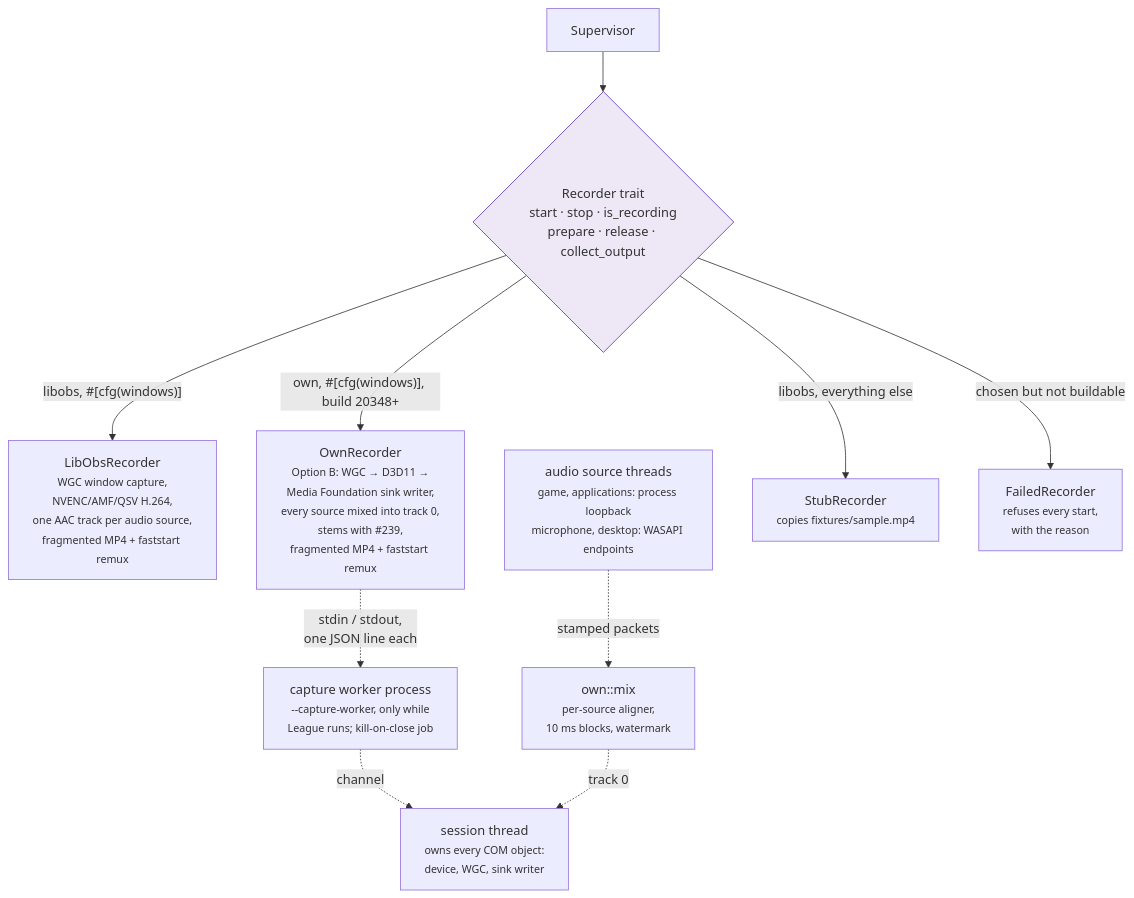
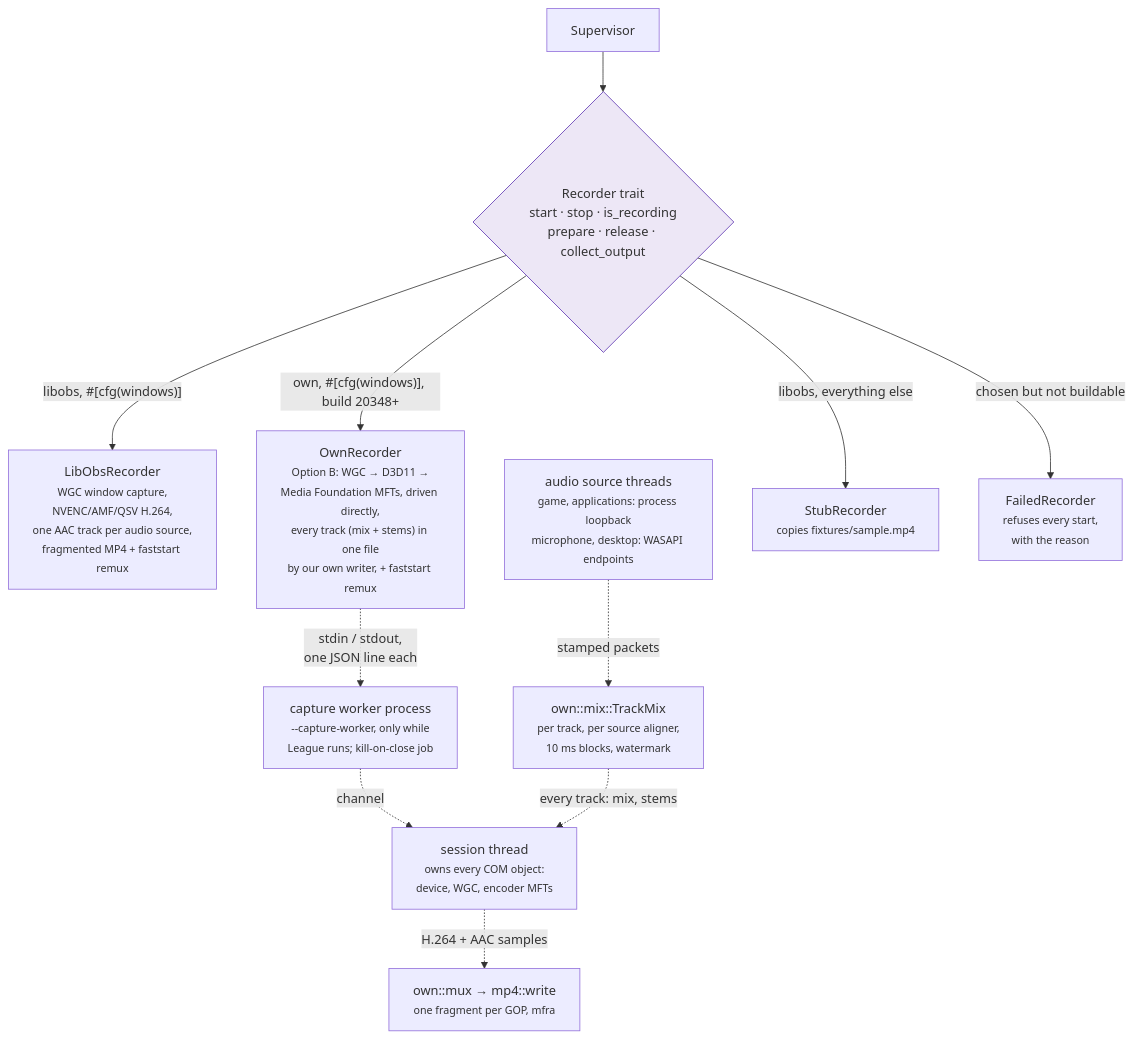
The third of 10 diagrams in docs/architecture.md (NinjaGoldfinch/ninja-recorder), drawn with Mermaid before and after one commit. The commit also changed other lines of this file and 29 other files, not shown here.

First line of the commit message:
feat(recorder): encode directly and write every stem into one file (WS1.6.7) (#279)

````diff
--- a/docs/architecture.md
+++ b/docs/architecture.md
@@ -160,13 +163,14 @@
 ```mermaid
 flowchart TB
     SUP["Supervisor"] --> T{"Recorder trait<br/>start · stop · is_recording<br/>prepare · release · collect_output"}
     T -->|"libobs, #[cfg(windows)]"| L["LibObsRecorder<br/><small>WGC window capture,<br/>NVENC/AMF/QSV H.264,<br/>one AAC track per audio source,<br/>fragmented MP4 + faststart remux</small>"]
-    T -->|"own, #[cfg(windows)], build 20348+"| O["OwnRecorder<br/><small>Option B: WGC → D3D11 →<br/>Media Foundation sink writer,<br/>every source mixed into track 0,<br/>stems with #239,<br/>fragmented MP4 + faststart remux</small>"]
+    T -->|"own, #[cfg(windows)], build 20348+"| O["OwnRecorder<br/><small>Option B: WGC → D3D11 →<br/>Media Foundation MFTs, driven directly,<br/>every track (mix + stems) in one file<br/>by our own writer, + faststart remux</small>"]
     O -.->|"stdin / stdout,<br/>one JSON line each"| WK["capture worker process<br/><small>--capture-worker, only while<br/>League runs; kill-on-close job</small>"]
-    WK -.->|"channel"| SES["session thread<br/><small>owns every COM object:<br/>device, WGC, sink writer</small>"]
-    AUD["audio source threads<br/><small>game, applications: process loopback<br/>microphone, desktop: WASAPI endpoints</small>"] -.->|"stamped packets"| MIX["own::mix<br/><small>per-source aligner,<br/>10 ms blocks, watermark</small>"]
-    MIX -.->|"track 0"| SES
+    WK -.->|"channel"| SES["session thread<br/><small>owns every COM object:<br/>device, WGC, encoder MFTs</small>"]
+    AUD["audio source threads<br/><small>game, applications: process loopback<br/>microphone, desktop: WASAPI endpoints</small>"] -.->|"stamped packets"| MIX["own::mix::TrackMix<br/><small>per track, per source aligner,<br/>10 ms blocks, watermark</small>"]
+    MIX -.->|"every track: mix, stems"| SES
+    SES -.->|"H.264 + AAC samples"| MUX["own::mux → mp4::write<br/><small>one fragment per GOP, mfra</small>"]
     T -->|"libobs, everything else"| S["StubRecorder<br/><small>copies fixtures/sample.mp4</small>"]
     T -->|"chosen but not buildable"| F["FailedRecorder<br/><small>refuses every start,<br/>with the reason</small>"]
     style T fill:#ede7f6,stroke:#5e35b1
 ```
````
